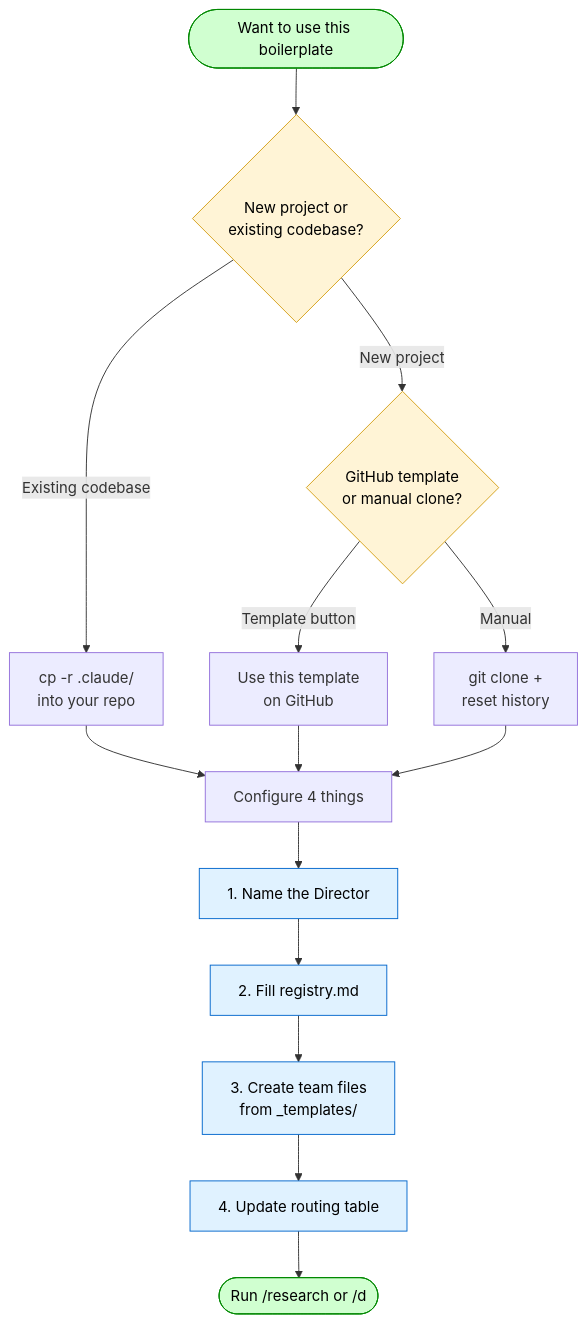
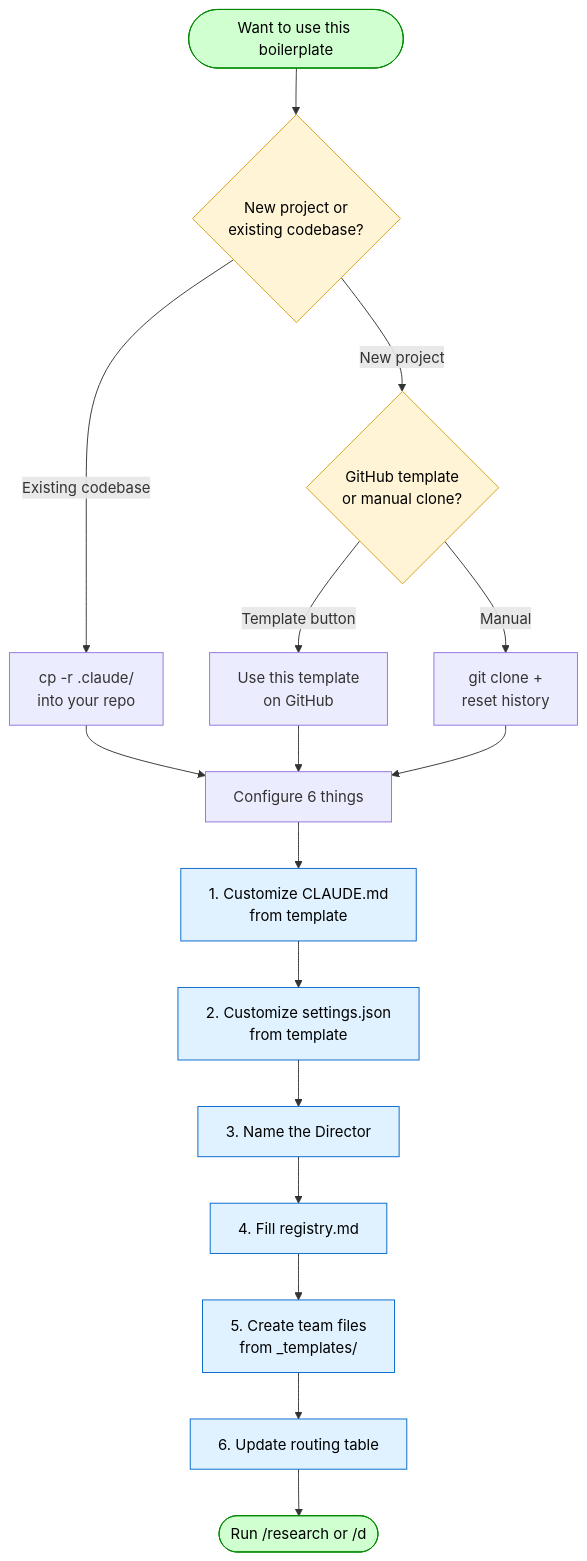
One commit to loschenbd/claude-agent-boilerplate changed the third of 3 diagrams in README.md. Above: the diagram before and after it, drawn with Mermaid. The commit also changed other lines of this file and 16 other files, not shown here.

````diff
--- a/README.md
+++ b/README.md
@@ -127,25 +143,27 @@
 ```mermaid
 flowchart TD
     Start([Want to use this boilerplate])
     Start --> Choice{New project or<br/>existing codebase?}
     Choice -->|Existing codebase| Existing["cp -r .claude/<br/>into your repo"]
     Choice -->|New project| NewChoice{GitHub template<br/>or manual clone?}
     NewChoice -->|Template button| GH["Use this template<br/>on GitHub"]
     NewChoice -->|Manual| Manual[git clone +<br/>reset history]
-    Existing --> Config[Configure 4 things]
+    Existing --> Config[Configure 6 things]
     GH --> Config
     Manual --> Config
-    Config --> C1[1. Name the Director]
-    C1 --> C2[2. Fill registry.md]
-    C2 --> C3[3. Create team files<br/>from _templates/]
-    C3 --> C4[4. Update routing table]
-    C4 --> Ready([Run /research or /d])
+    Config --> C1[1. Customize CLAUDE.md<br/>from template]
+    C1 --> C2[2. Customize settings.json<br/>from template]
+    C2 --> C3[3. Name the Director]
+    C3 --> C4[4. Fill registry.md]
+    C4 --> C5[5. Create team files<br/>from _templates/]
+    C5 --> C6[6. Update routing table]
+    C6 --> Ready([Run /research or /d])
 
     classDef terminal fill:#d0ffd0,stroke:#008800,color:#000
     classDef choice fill:#fff4d6,stroke:#d4a017,color:#000
     classDef config fill:#e0f2ff,stroke:#0066cc,color:#000
 
     class Start,Ready terminal
     class Choice,NewChoice choice
-    class C1,C2,C3,C4 config
+    class C1,C2,C3,C4,C5,C6 config
 ```
````
